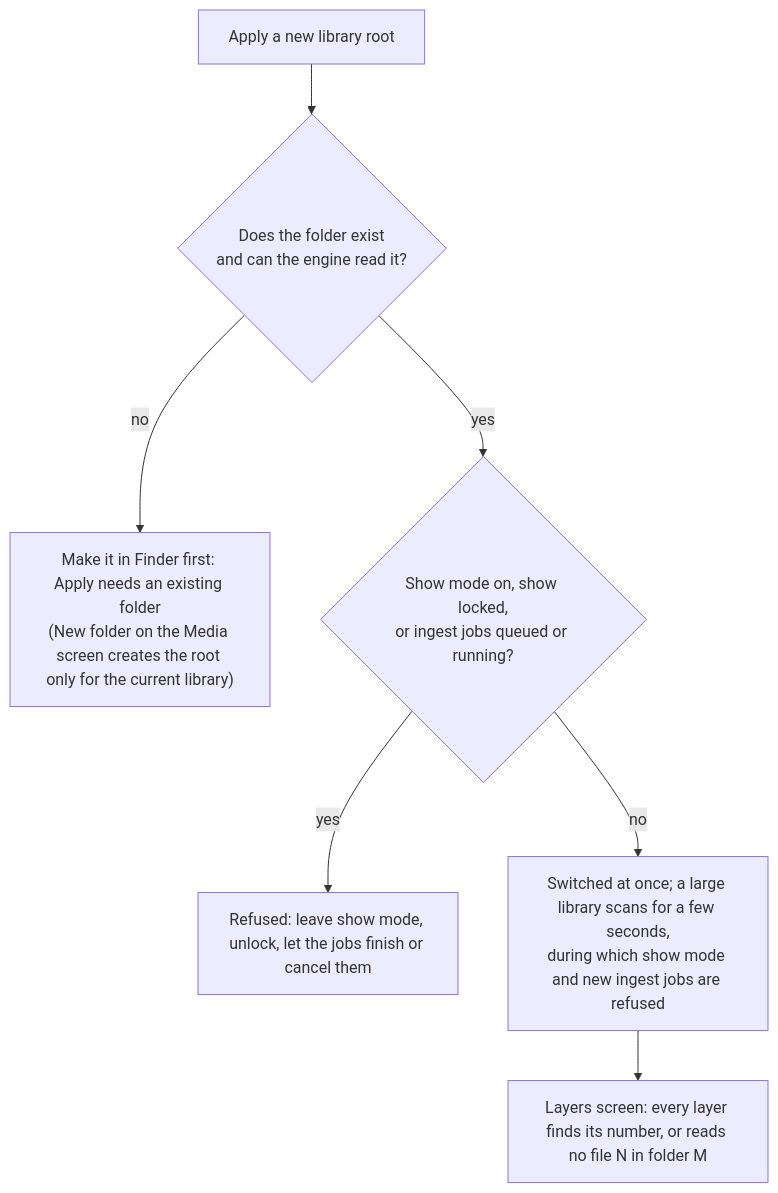
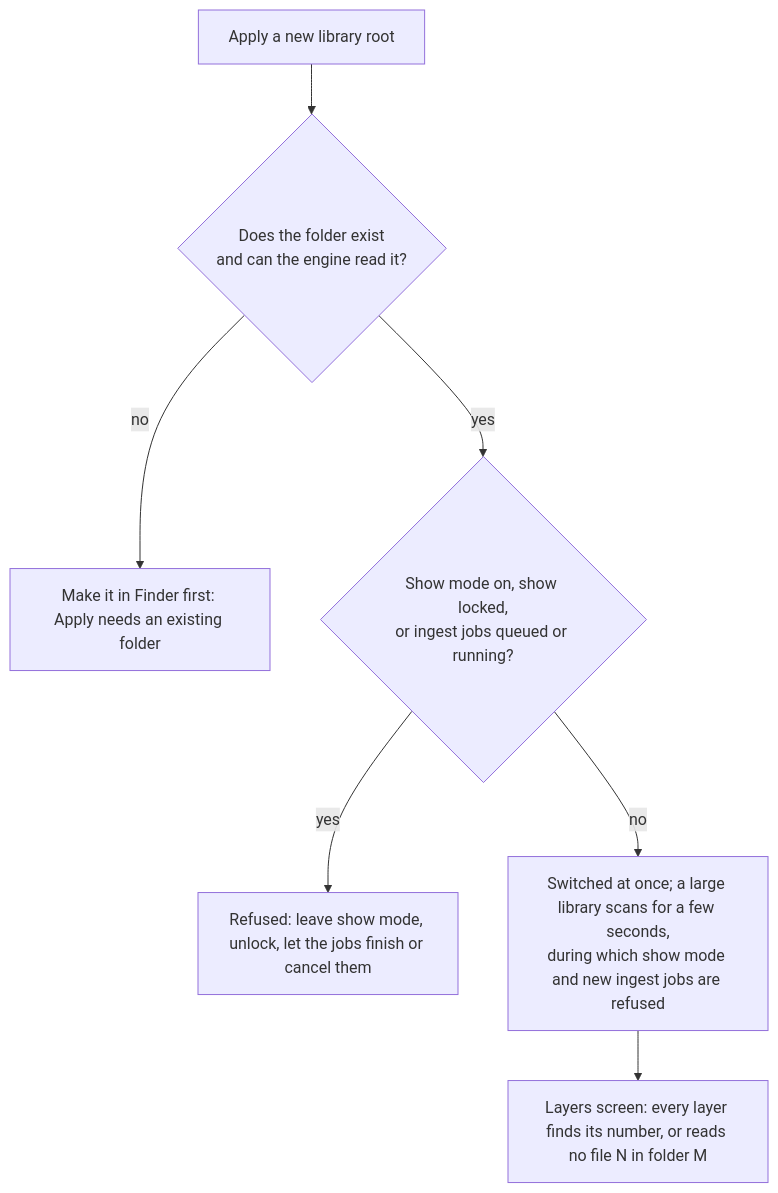
One commit to Timdebruijn/fanous changed the third of 3 diagrams in docs/user/media-library.md. Above: the diagram before and after it, drawn with Mermaid. The commit also changed other lines of this file and 5 other files, not shown here.

````diff
--- a/docs/user/media-library.md
+++ b/docs/user/media-library.md
@@ -262,9 +266,9 @@
 ```mermaid
 flowchart TD
   apply["Apply a new library root"] --> exists{"Does the folder exist<br>and can the engine read it?"}
-  exists -- no --> make["Make it in Finder first: Apply needs an existing folder<br>(New folder on the Media screen creates the root only for the current library)"]
+  exists -- no --> make["Make it in Finder first: Apply needs an existing folder"]
   exists -- yes --> busy{"Show mode on, show locked,<br>or ingest jobs queued or running?"}
   busy -- yes --> refused["Refused: leave show mode, unlock, let the jobs finish or cancel them"]
   busy -- no --> switch["Switched at once; a large library scans for a few seconds,<br>during which show mode and new ingest jobs are refused"]
   switch --> check["Layers screen: every layer finds its number, or reads no file N in folder M"]
 ```
````
